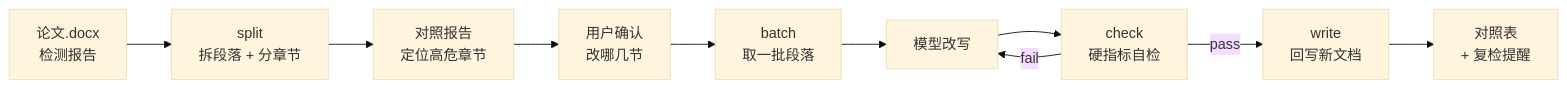
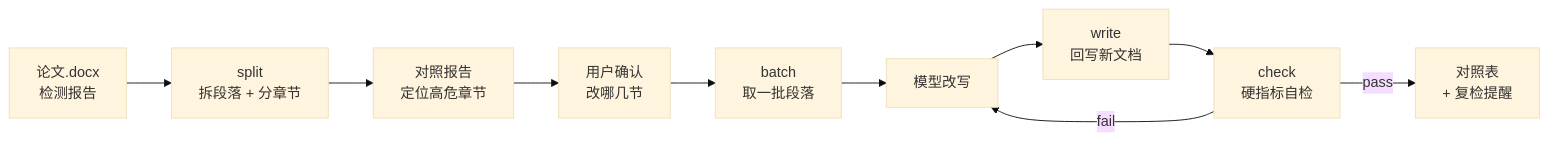
The diagram in README.md (Longfei-Tao/aigc-reducer), drawn with Mermaid (base theme) before and after one commit. The commit also changed other lines of this file and 4 other files, not shown here.

````diff
--- a/README.md
+++ b/README.md
@@ -57,12 +71,12 @@
 ```mermaid
 flowchart LR
     A[论文.docx<br/>检测报告] --> B[split<br/>拆段落 + 分章节]
     B --> C[对照报告<br/>定位高危章节]
     C --> D[用户确认<br/>改哪几节]
     D --> E[batch<br/>取一批段落]
     E --> F[模型改写]
-    F --> G[check<br/>硬指标自检]
-    G -->|fail| F
-    G -->|pass| H[write<br/>回写新文档]
-    H --> I[对照表<br/>+ 复检提醒]
+    F --> G[write<br/>回写新文档]
+    G --> H[check<br/>硬指标自检]
+    H -->|fail| F
+    H -->|pass| I[对照表<br/>+ 复检提醒]
 ```
````
